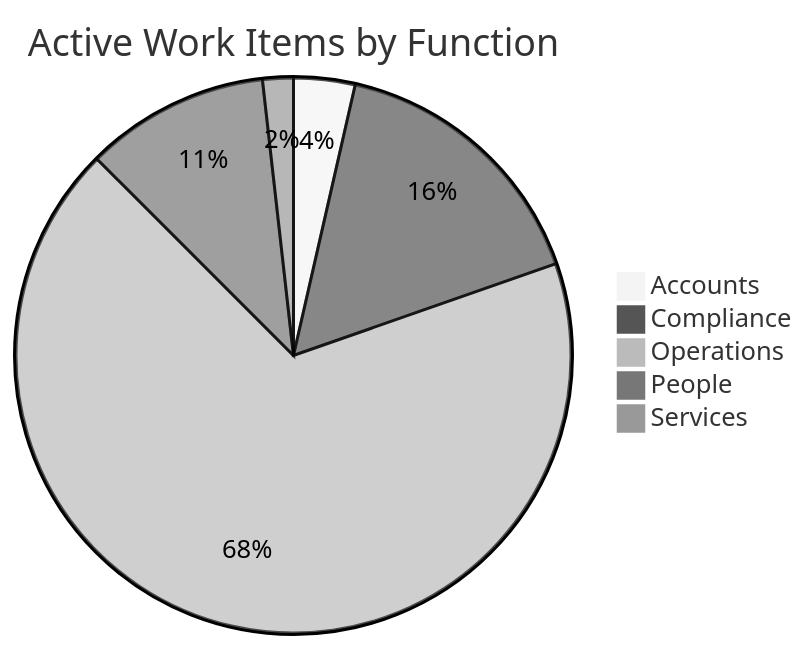
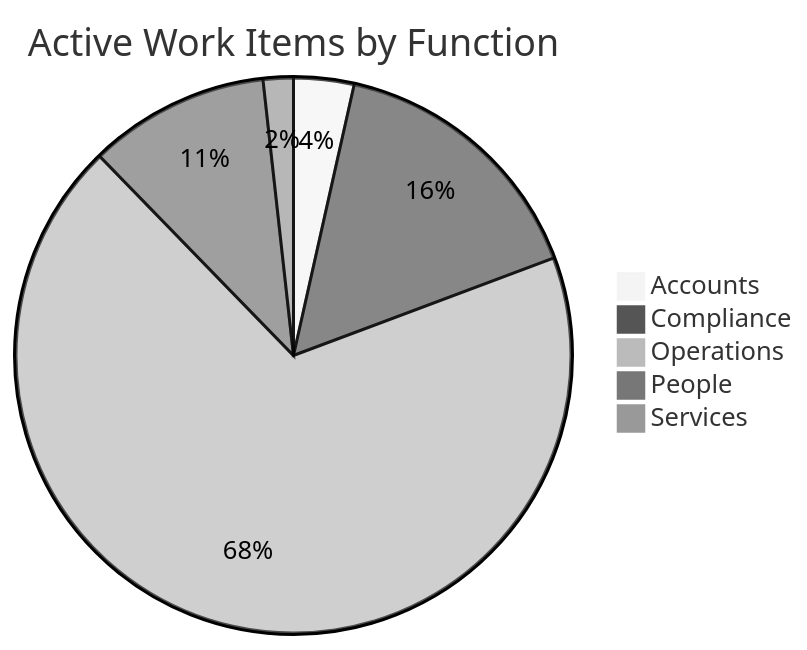
Before and after one commit to mgosal/5et.uk: the first of 3 diagrams in dashboard.md, drawn with Mermaid (neutral theme). The commit also changed other lines of this file and 3 other files, not shown here.

````diff
--- a/dashboard.md
+++ b/dashboard.md
@@ -130,8 +170,8 @@
 ```mermaid
 pie title Active Work Items by Function
     "Accounts" : 2
     "Compliance" : 9
-    "Operations" : 38
+    "Operations" : 39
     "People" : 6
     "Services" : 1
 ```
````
